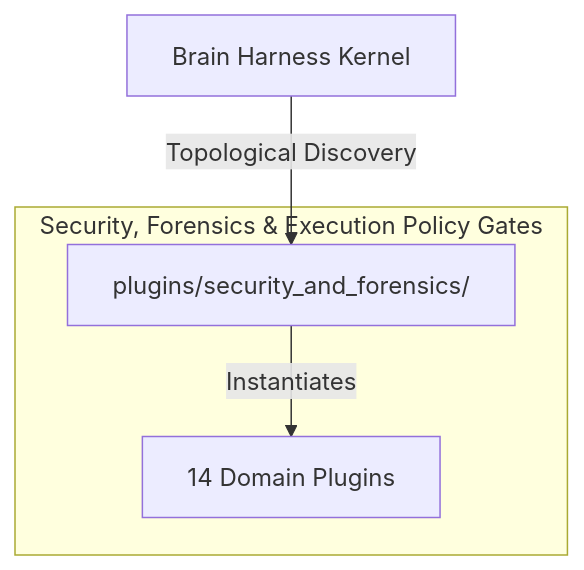
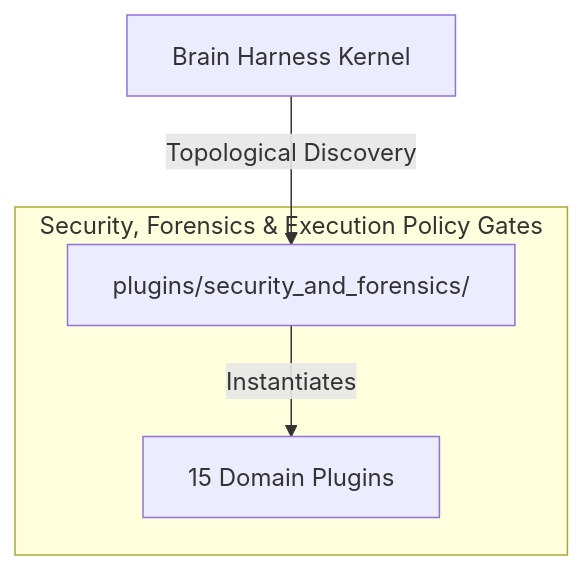
The diagram in plugins/security_and_forensics/README.md (SpectreDeath/Brain-Harness), drawn with Mermaid before and after one commit. The commit also changed other lines of this file and 171 other files, not shown here.

First line of the commit message:
feat(architecture): deepen enterprise skills, plugins, IoC services, CLI commands, and canonical knowledge vault KIs

````diff
--- a/plugins/security_and_forensics/README.md
+++ b/plugins/security_and_forensics/README.md
@@ -11,9 +11,9 @@
 ```mermaid
 flowchart TD
     subgraph CategoryDomain ["Security, Forensics & Execution Policy Gates"]
         CategoryHub["plugins/security_and_forensics/"]
-        PluginsList["14 Domain Plugins"]
+        PluginsList["15 Domain Plugins"]
     end
     KernelCore[Brain Harness Kernel] -->|Topological Discovery| CategoryHub
     CategoryHub -->|Instantiates| PluginsList
 ```
````
